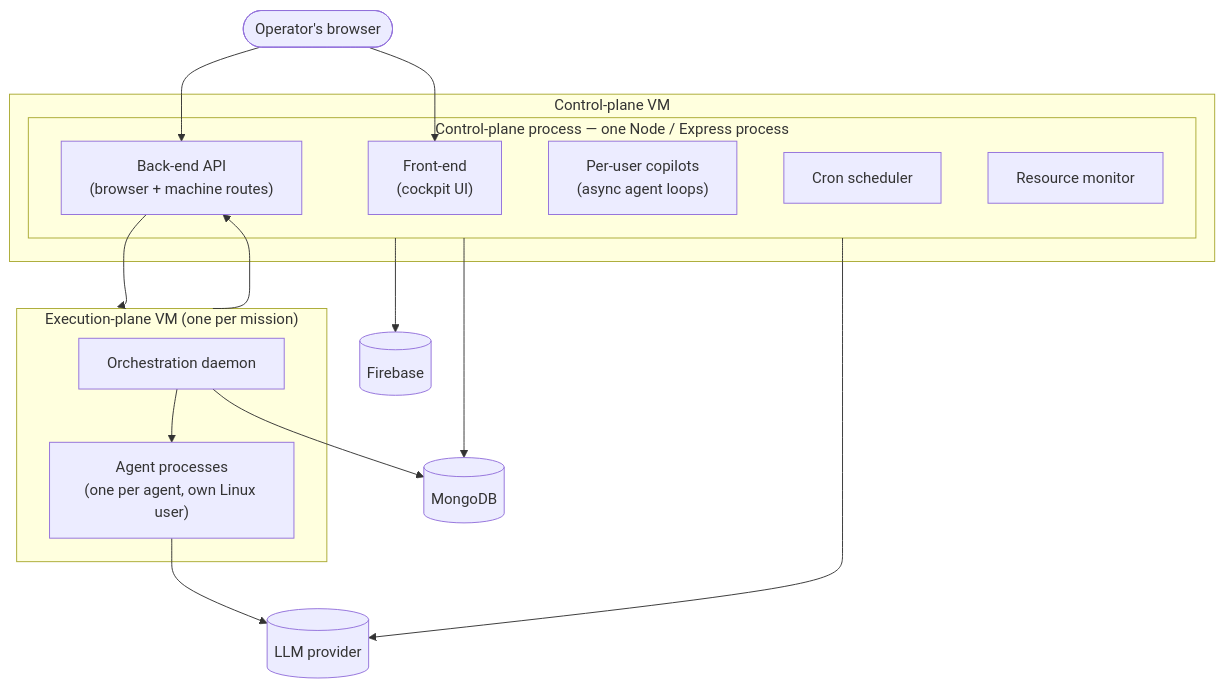
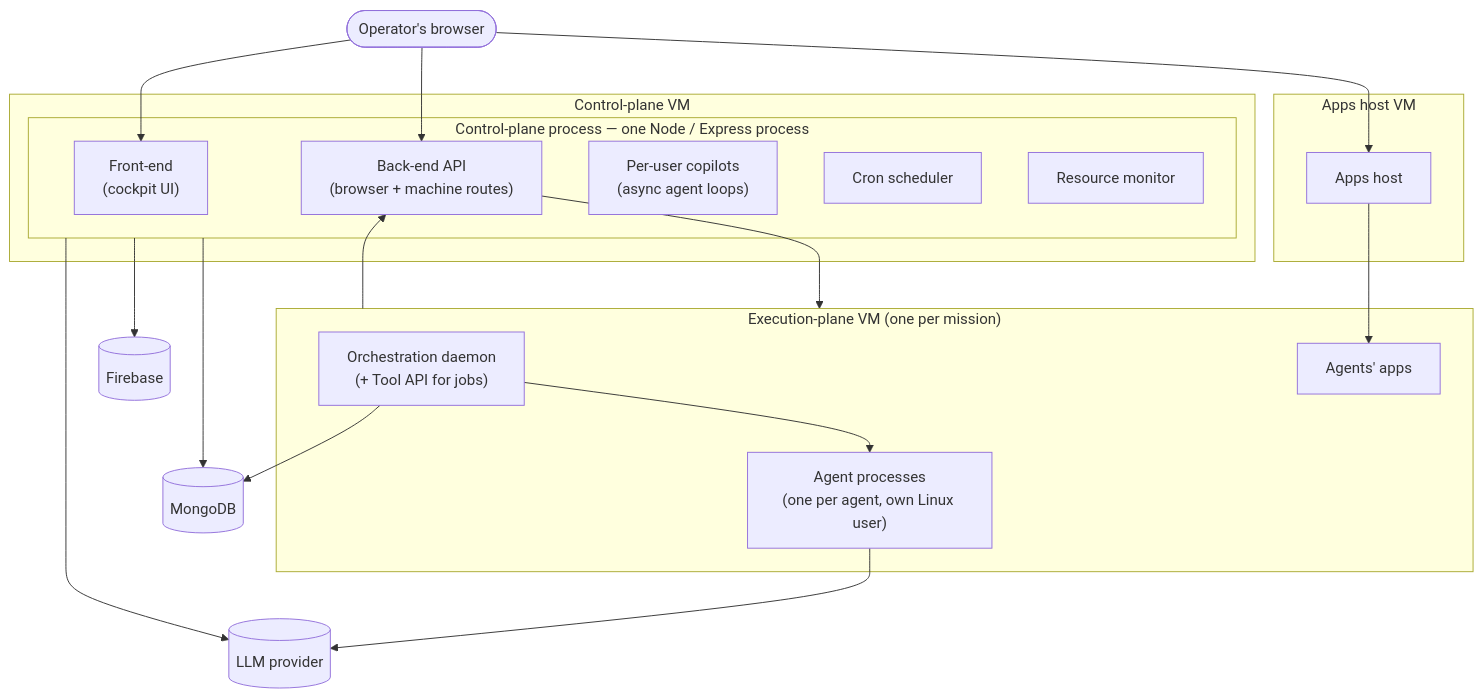
Before and after one commit to arnadu/magi_v3: the first of 2 diagrams in README.md, drawn with Mermaid. The commit also changed other lines of this file and 9 other files, not shown here.

````diff
--- a/README.md
+++ b/README.md
@@ -65,31 +81,38 @@
 ```mermaid
 flowchart TB
     Browser(["Operator's browser"])
 
     subgraph CPVM["Control-plane VM"]
         subgraph CPProcess["Control-plane process — one Node / Express process"]
             Frontend["Front-end<br/>(cockpit UI)"]
             API["Back-end API<br/>(browser + machine routes)"]
             Copilots["Per-user copilots<br/>(async agent loops)"]
             Cron["Cron scheduler"]
             ResMon["Resource monitor"]
         end
     end
 
     subgraph EPVM["Execution-plane VM (one per mission)"]
-        Daemon["Orchestration daemon"]
+        Daemon["Orchestration daemon<br/>(+ Tool API for jobs)"]
         AgentProcs["Agent processes<br/>(one per agent, own Linux user)"]
+        Apps["Agents' apps"]
+    end
+
+    subgraph AHVM["Apps host VM"]
+        AppsHost["Apps host"]
     end
 
     Browser --> Frontend
     Browser --> API
+    Browser --> AppsHost
     EPVM --> API
     API --> EPVM
+    AppsHost --> Apps
     Daemon --> AgentProcs
 
     CPProcess --> Firebase[("Firebase")]
     CPProcess --> Mongo[("MongoDB")]
     CPProcess --> LLM[("LLM provider")]
     Daemon --> Mongo
     AgentProcs --> LLM
 ```
````
